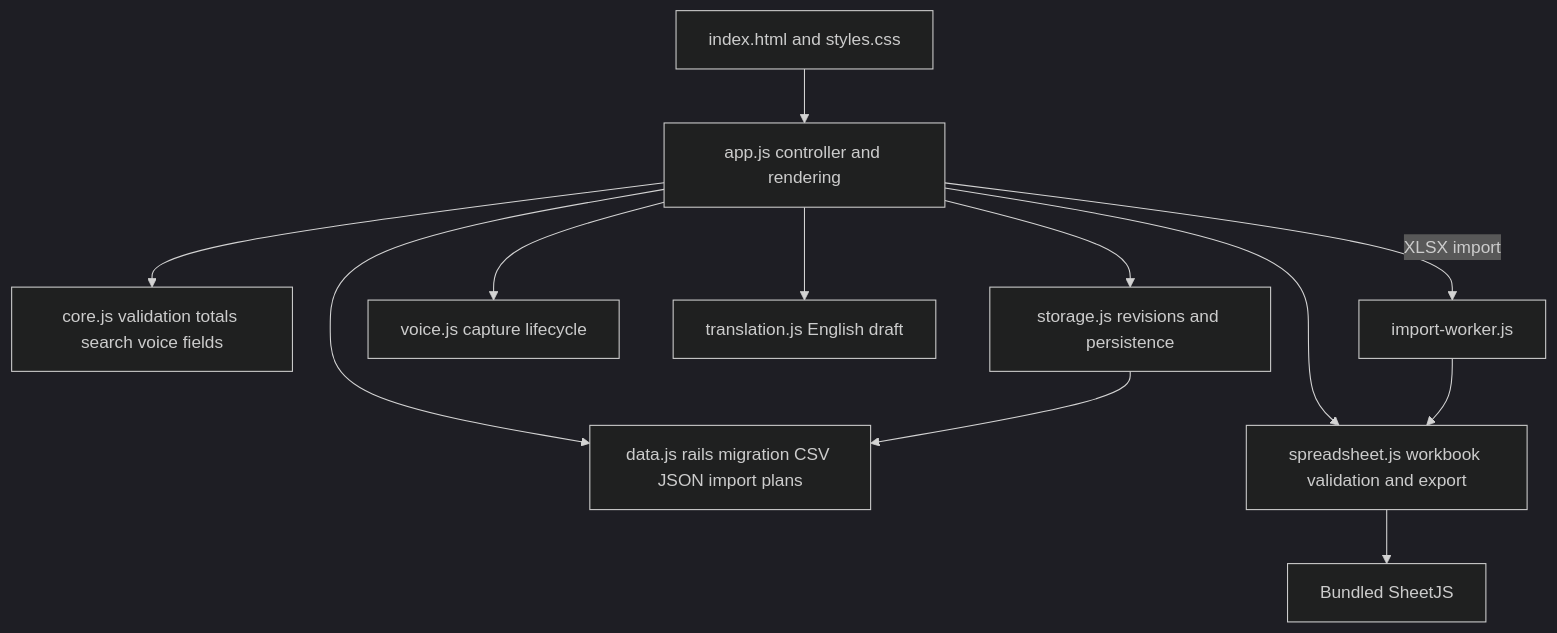
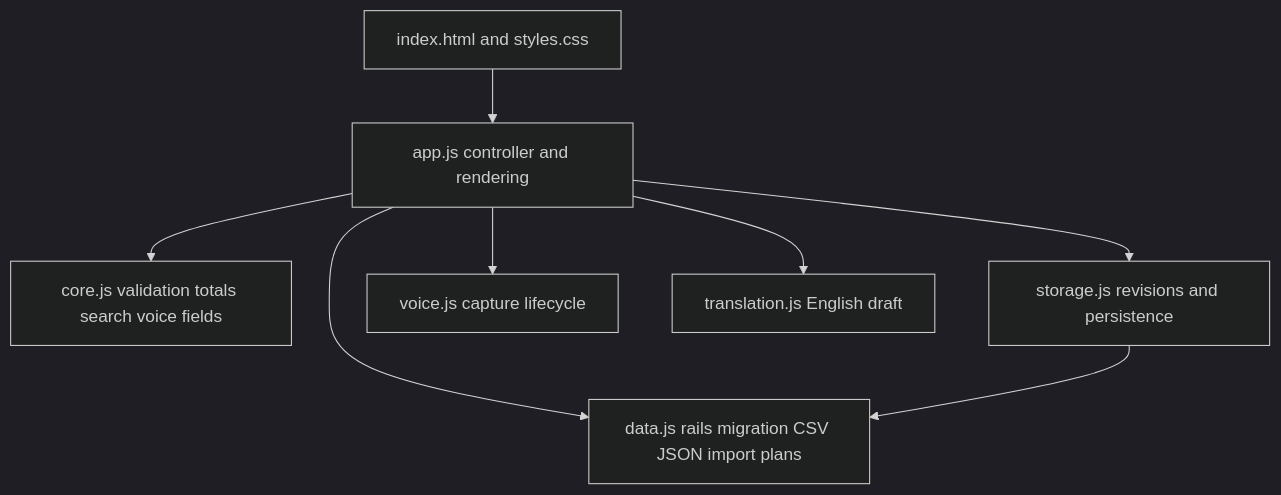
The third of 7 diagrams in docs/ARCHITECTURE.md (debasisr66/PennyExpenseManager), drawn with Mermaid (dark theme) before and after one commit. The commit also changed other lines of this file and 5 other files, not shown here.

````diff
--- a/docs/ARCHITECTURE.md
+++ b/docs/ARCHITECTURE.md
@@ -66,14 +70,10 @@
 ```mermaid
 flowchart TB
   UI[index.html and styles.css] --> App[app.js controller and rendering]
   App --> Core[core.js validation totals search voice fields]
   App --> Data[data.js rails migration CSV JSON import plans]
   App --> Store[storage.js revisions and persistence]
   App --> Voice[voice.js capture lifecycle]
   App --> Translate[translation.js English draft]
-  App --> Sheets[spreadsheet.js workbook validation and export]
-  App -->|XLSX import| Worker[import-worker.js]
-  Worker --> Sheets
-  Sheets --> Vendor[Bundled SheetJS]
   Store --> Data
 ```
````
